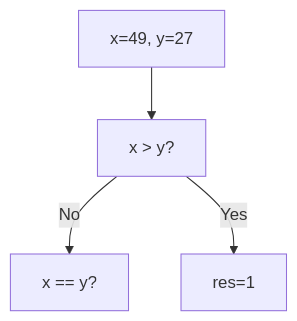
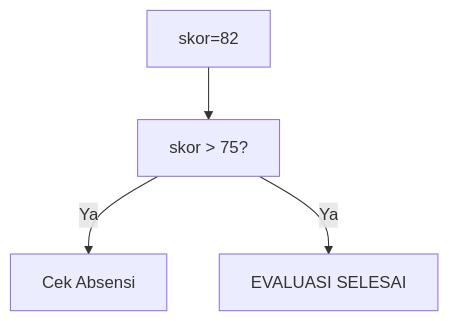
Before and after one commit to amnahwaida/OSNK_INF_PREP: diagram 13 of 25 in part-c-pemahaman-cpp/02-percabangan/latihan/set-02.md, drawn with Mermaid. The commit also changed other lines of this file and 71 other files, not shown here.

````diff
--- a/part-c-pemahaman-cpp/02-percabangan/latihan/set-02.md
+++ b/part-c-pemahaman-cpp/02-percabangan/latihan/set-02.md
@@ -364,6 +379,6 @@
 ```mermaid
 graph TD
-A["x=49, y=27"] --> B["x > y?"]
-B -- No --> C["x == y?"]
-B -- Yes --> D[res=1]
+A["skor=82"] --> B["skor > 75?"]
+B -- Ya --> C["Cek Absensi"]
+B -- Ya --> D["EVALUASI SELESAI"]
 ```
````
